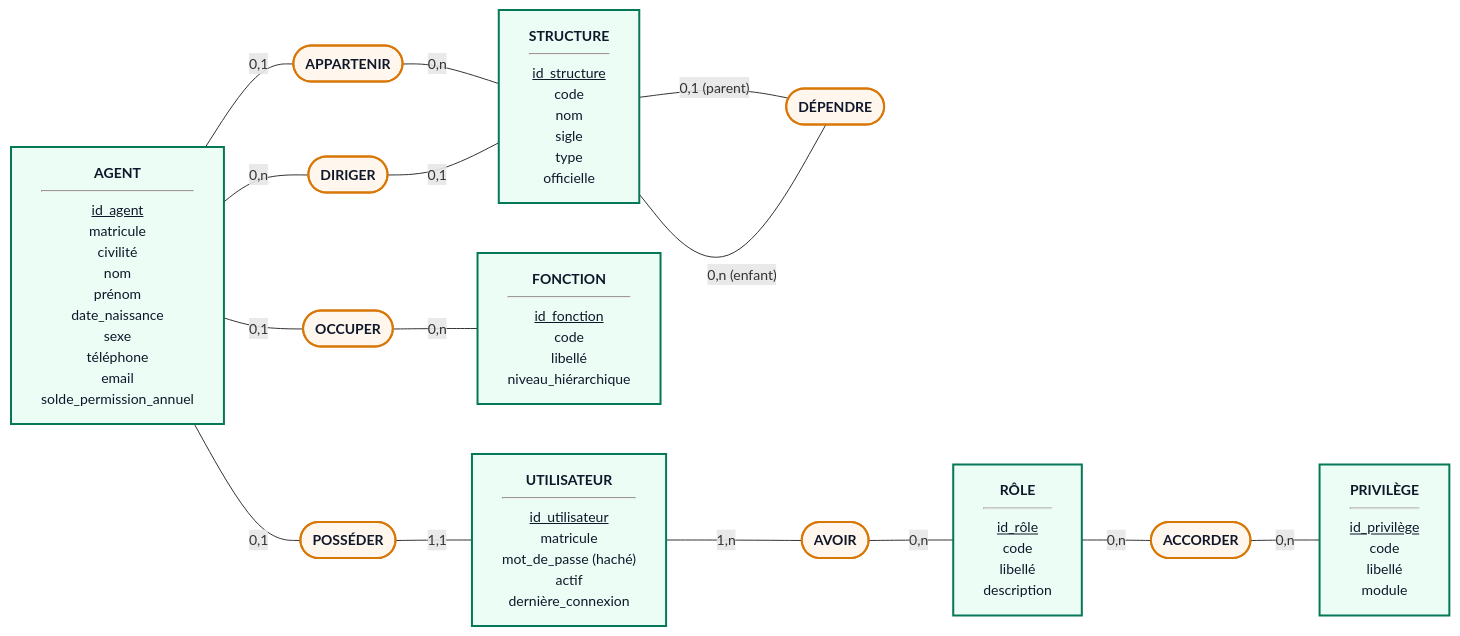
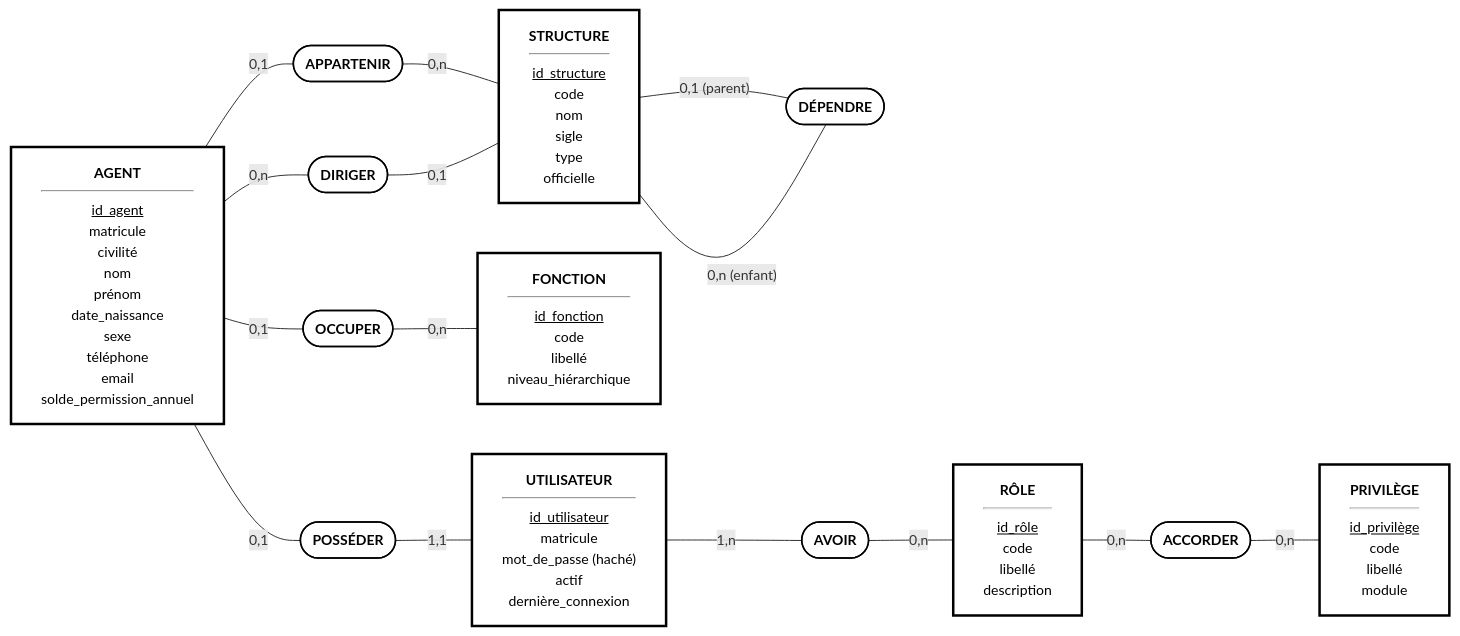
Before and after one commit to MOMOBHY/APPLARAVEL: the first of 10 diagrams in docs/MERISE.md, drawn with Mermaid. The commit also changed other lines of this file and 1 other file, not shown here.

````diff
--- a/docs/MERISE.md
+++ b/docs/MERISE.md
@@ -23,33 +23,33 @@
 ```mermaid
 %%{init: {'flowchart': {'htmlLabels': true, 'curve': 'basis'}, 'themeVariables': {'fontSize': '14px'}}}%%
 flowchart LR
-  classDef ent fill:#ecfdf5,stroke:#047857,stroke-width:2px,color:#0f172a
-  classDef asso fill:#fff7ed,stroke:#d97706,stroke-width:2px,color:#0f172a
+  classDef ent fill:#ffffff,stroke:#000000,stroke-width:2.5px,color:#000000
+  classDef asso fill:#ffffff,stroke:#000000,stroke-width:1.5px,color:#000000
   AG["<b>AGENT</b><hr/><u>id_agent</u><br/>matricule<br/>civilité<br/>nom<br/>prénom<br/>date_naissance<br/>sexe<br/>téléphone<br/>email<br/>solde_permission_annuel"]:::ent
   ST["<b>STRUCTURE</b><hr/><u>id_structure</u><br/>code<br/>nom<br/>sigle<br/>type<br/>officielle"]:::ent
   FO["<b>FONCTION</b><hr/><u>id_fonction</u><br/>code<br/>libellé<br/>niveau_hiérarchique"]:::ent
   US["<b>UTILISATEUR</b><hr/><u>id_utilisateur</u><br/>matricule<br/>mot_de_passe (haché)<br/>actif<br/>dernière_connexion"]:::ent
   RO["<b>RÔLE</b><hr/><u>id_rôle</u><br/>code<br/>libellé<br/>description"]:::ent
   PR["<b>PRIVILÈGE</b><hr/><u>id_privilège</u><br/>code<br/>libellé<br/>module"]:::ent
   A1(["<b>APPARTENIR</b>"]):::asso
   A2(["<b>OCCUPER</b>"]):::asso
   A3(["<b>DIRIGER</b>"]):::asso
   A4(["<b>DÉPENDRE</b>"]):::asso
   A5(["<b>POSSÉDER</b>"]):::asso
   A6(["<b>AVOIR</b>"]):::asso
   A7(["<b>ACCORDER</b>"]):::asso
   AG ---|"0,1"| A1
   A1 ---|"0,n"| ST
   AG ---|"0,1"| A2
   A2 ---|"0,n"| FO
   AG ---|"0,n"| A3
   A3 ---|"0,1"| ST
   ST ---|"0,1 (parent)"| A4
   A4 ---|"0,n (enfant)"| ST
   AG ---|"0,1"| A5
   A5 ---|"1,1"| US
   US ---|"1,n"| A6
   A6 ---|"0,n"| RO
   RO ---|"0,n"| A7
   A7 ---|"0,n"| PR
 ```
````
